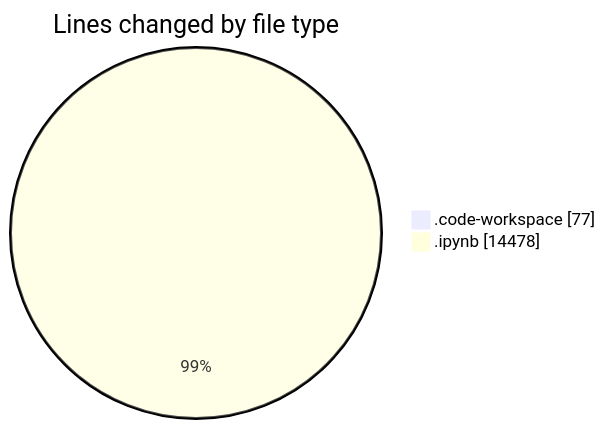
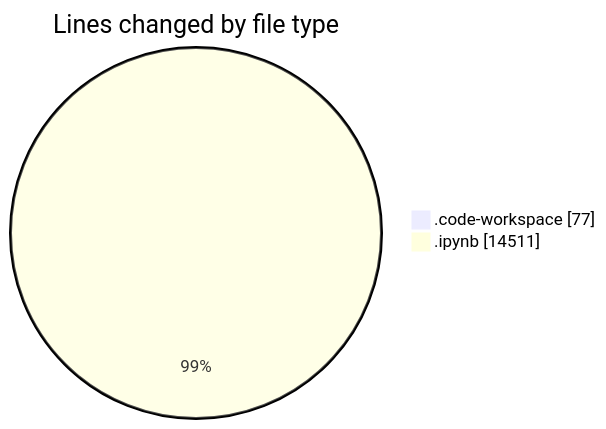
One commit to MatusMokan/code-tracking changed the first of 2 diagrams in 2025-03-14/myws__workspace_/README.md. Above: the diagram before and after it, drawn with Mermaid. The commit also changed other lines of this file and 1 other file, not shown here.

````diff
--- a/2025-03-14/myws__workspace_/README.md
+++ b/2025-03-14/myws__workspace_/README.md
@@ -21,6 +21,6 @@
 ```mermaid
 pie showData
 title Lines changed by file type
 ".code-workspace" : 77
-".ipynb" : 14478
+".ipynb" : 14511
 ```
````
